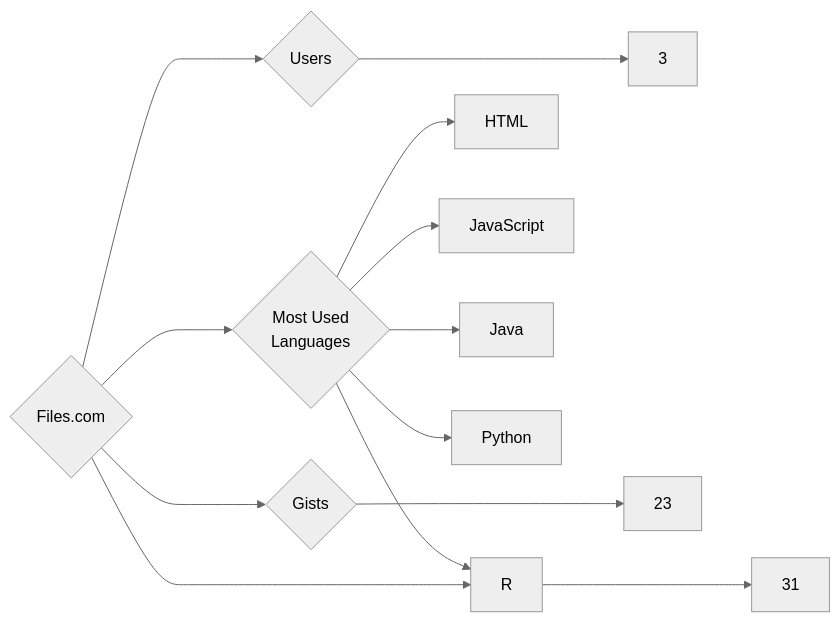
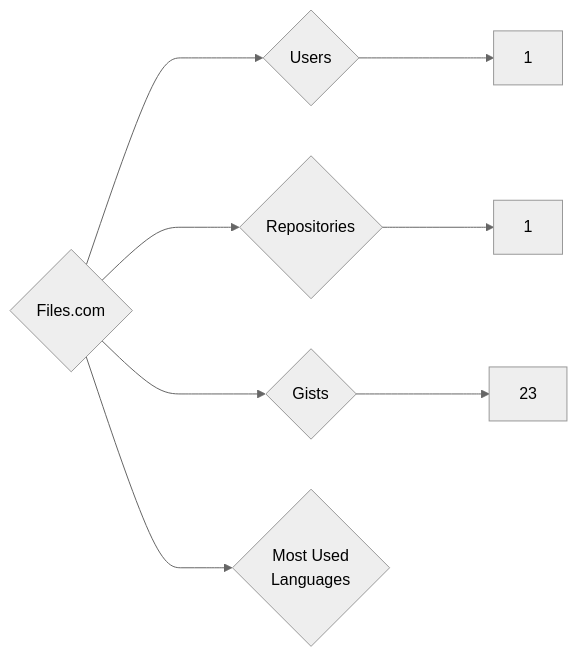
The diagram in targets/Files.com/README.md (trickest/insiders), drawn with Mermaid (neutral theme) before and after one commit. The commit also changed 942 other files, not shown here.

````diff
--- a/targets/Files.com/README.md
+++ b/targets/Files.com/README.md
@@ -3,13 +3,8 @@
 ```mermaid
 graph LR
 COMPANY_NAME{Files.com}
-COMPANY_NAME ---> U{Users} ---> UN[3]
-COMPANY_NAME ---> R{Repositories} ---> RN[31]
+COMPANY_NAME ---> U{Users} ---> UN[1]
+COMPANY_NAME ---> R{Repositories} ---> RN[1]
 COMPANY_NAME ---> G{Gists} ---> GN[23]
 COMPANY_NAME ---> ML{Most Used<br>Languages}
-ML --> HTML[HTML]
-ML --> R[R]
-ML --> JavaScript[JavaScript]
-ML --> Java[Java]
-ML --> Python[Python]
 ```
````
